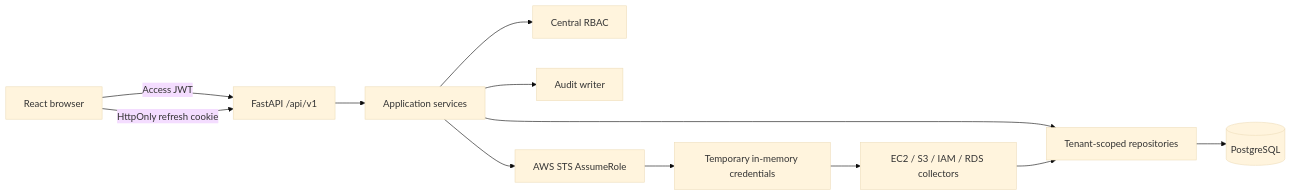
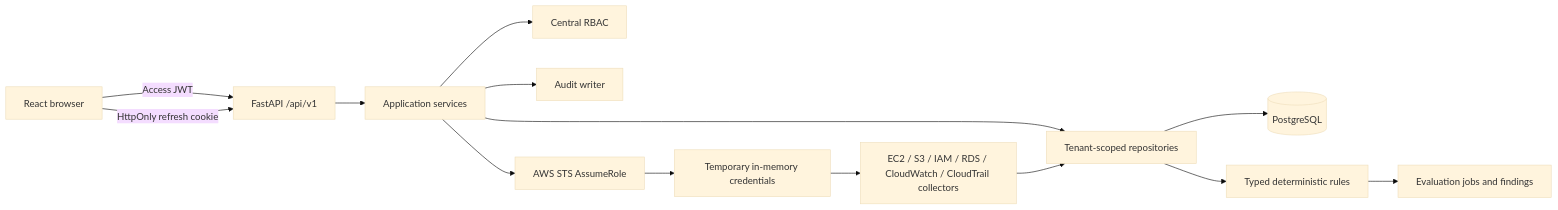
The first of 2 diagrams in architecture.md (cloudops-project/CloudOps), drawn with Mermaid (base theme) before and after one commit. The commit also changed other lines of this file and 18 other files, not shown here.

````diff
--- a/architecture.md
+++ b/architecture.md
@@ -27,14 +27,16 @@
 ```mermaid
 flowchart LR
   Browser["React browser"] -->|"Access JWT"| API["FastAPI /api/v1"]
   Browser -->|"HttpOnly refresh cookie"| API
   API --> Services["Application services"]
   Services --> RBAC["Central RBAC"]
   Services --> Repos["Tenant-scoped repositories"]
   Repos --> DB[("PostgreSQL")]
   Services --> Audit["Audit writer"]
   Services --> STS["AWS STS AssumeRole"]
   STS --> Temp["Temporary in-memory credentials"]
-  Temp --> Collectors["EC2 / S3 / IAM / RDS collectors"]
+  Temp --> Collectors["EC2 / S3 / IAM / RDS / CloudWatch / CloudTrail collectors"]
   Collectors --> Repos
+  Repos --> Rules["Typed deterministic rules"]
+  Rules --> Findings["Evaluation jobs and findings"]
 ```
````
